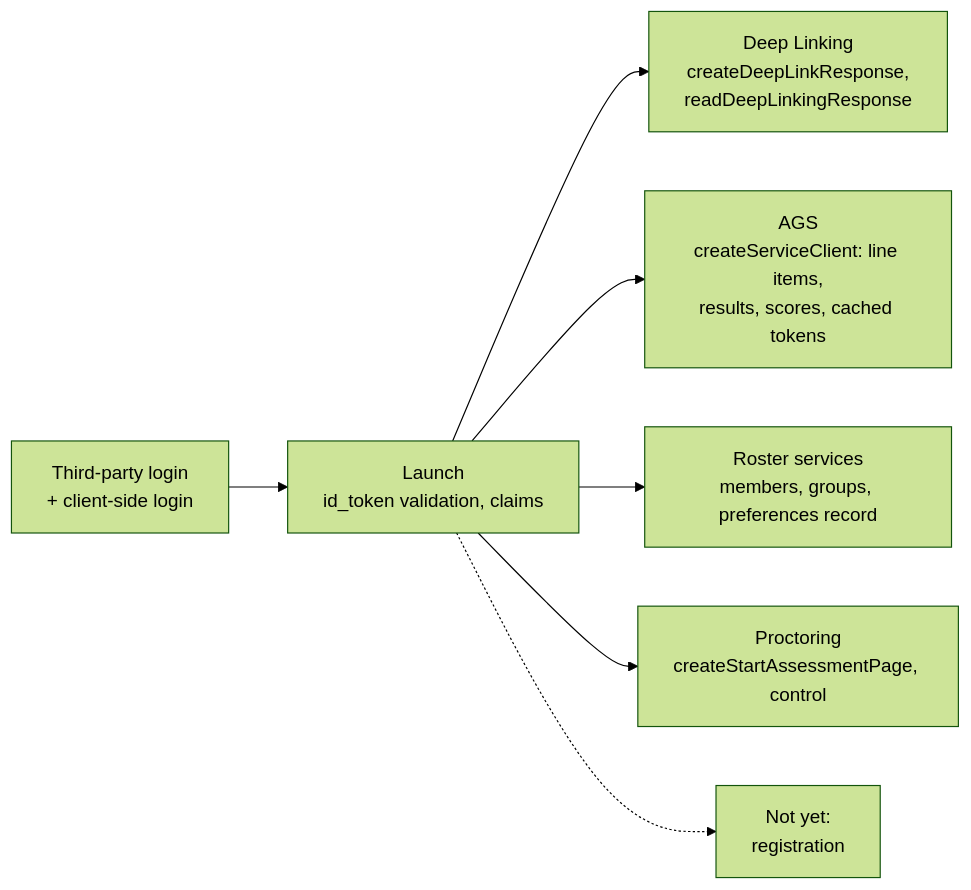
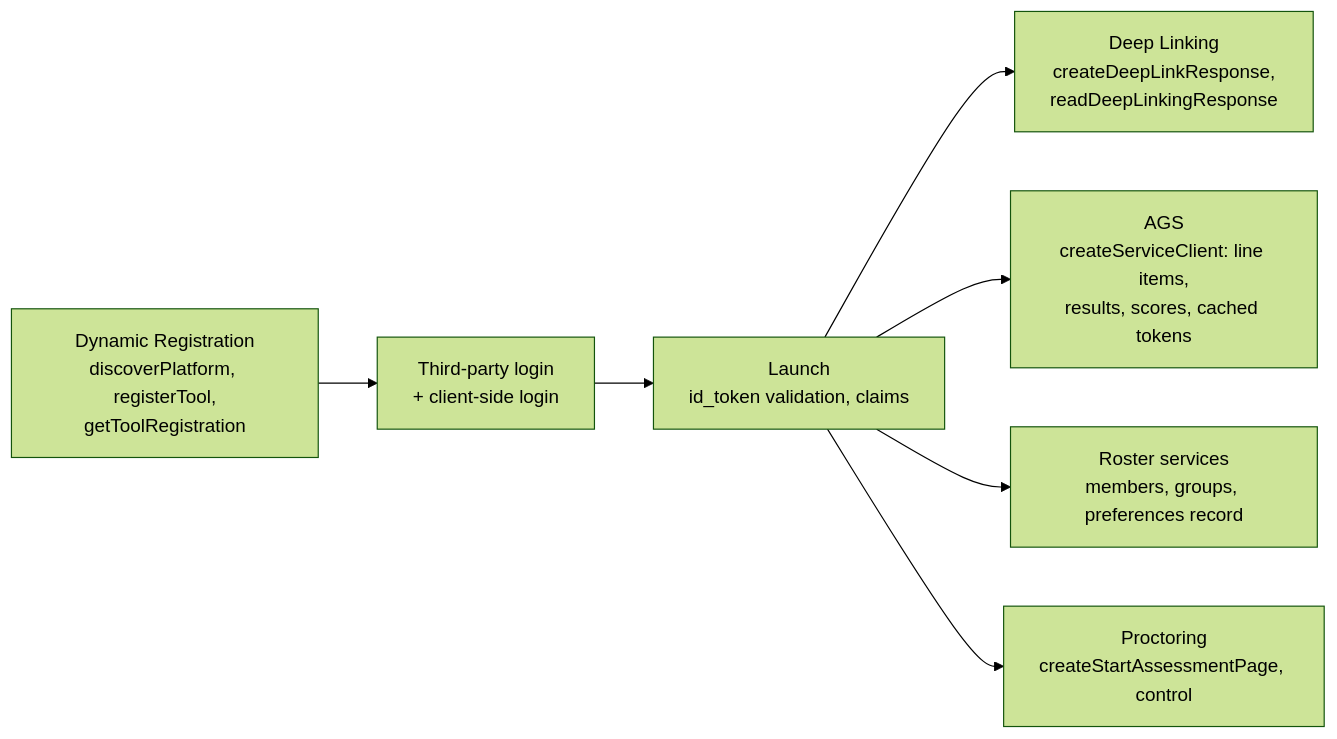
Before and after one commit to interopkit/interopkit: the first of 2 diagrams in docs/tool-integration/supported.md, drawn with Mermaid (forest theme). The commit also changed other lines of this file and 56 other files, not shown here.

````diff
--- a/docs/tool-integration/supported.md
+++ b/docs/tool-integration/supported.md
@@ -6,9 +6,9 @@
 ```mermaid
 flowchart LR
   login["Third-party login<br/>+ client-side login"] --> launch["Launch<br/>id_token validation, claims"]
   launch --> dl["Deep Linking<br/>createDeepLinkResponse,<br/>readDeepLinkingResponse"]
   launch --> ags["AGS<br/>createServiceClient: line items,<br/>results, scores, cached tokens"]
   launch --> roster["Roster services<br/>members, groups, preferences record"]
   launch --> proctoring["Proctoring<br/>createStartAssessmentPage, control"]
-  launch -.-> missing["Not yet:<br/>registration"]
+  registration["Dynamic Registration<br/>discoverPlatform, registerTool,<br/>getToolRegistration"] --> login
 ```
````
